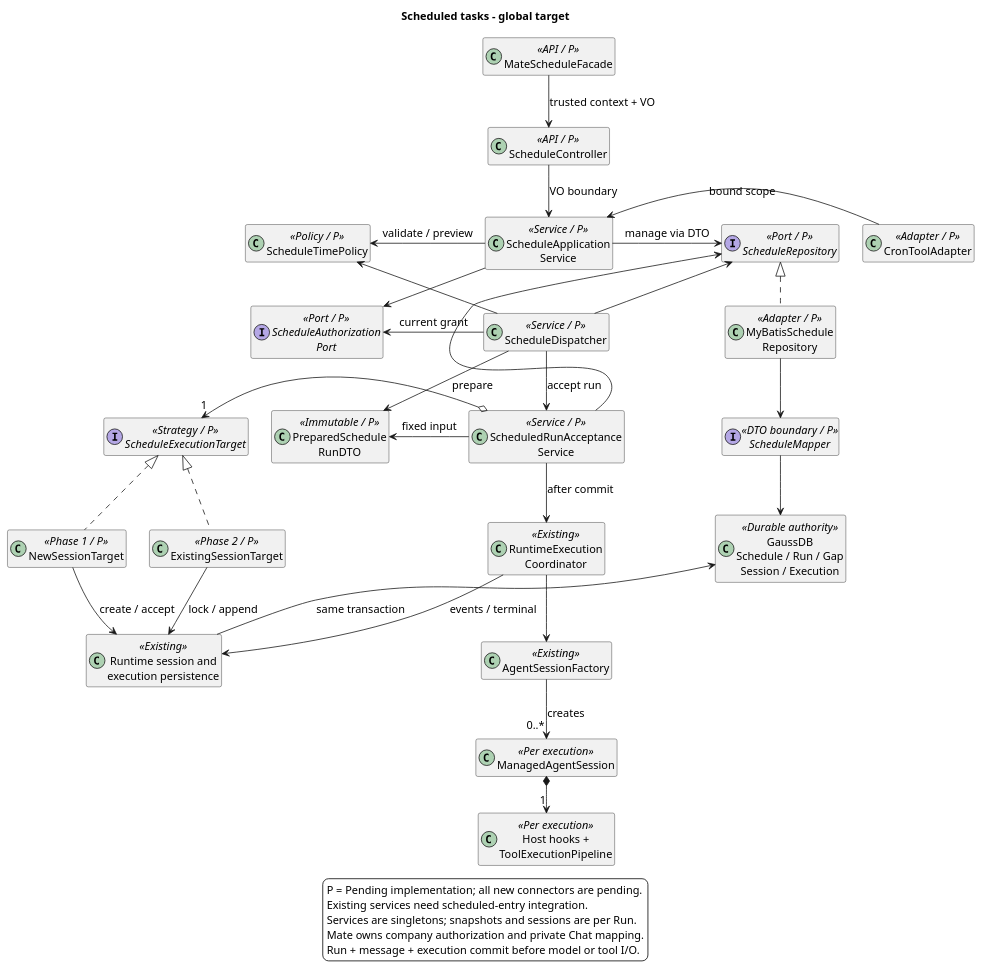
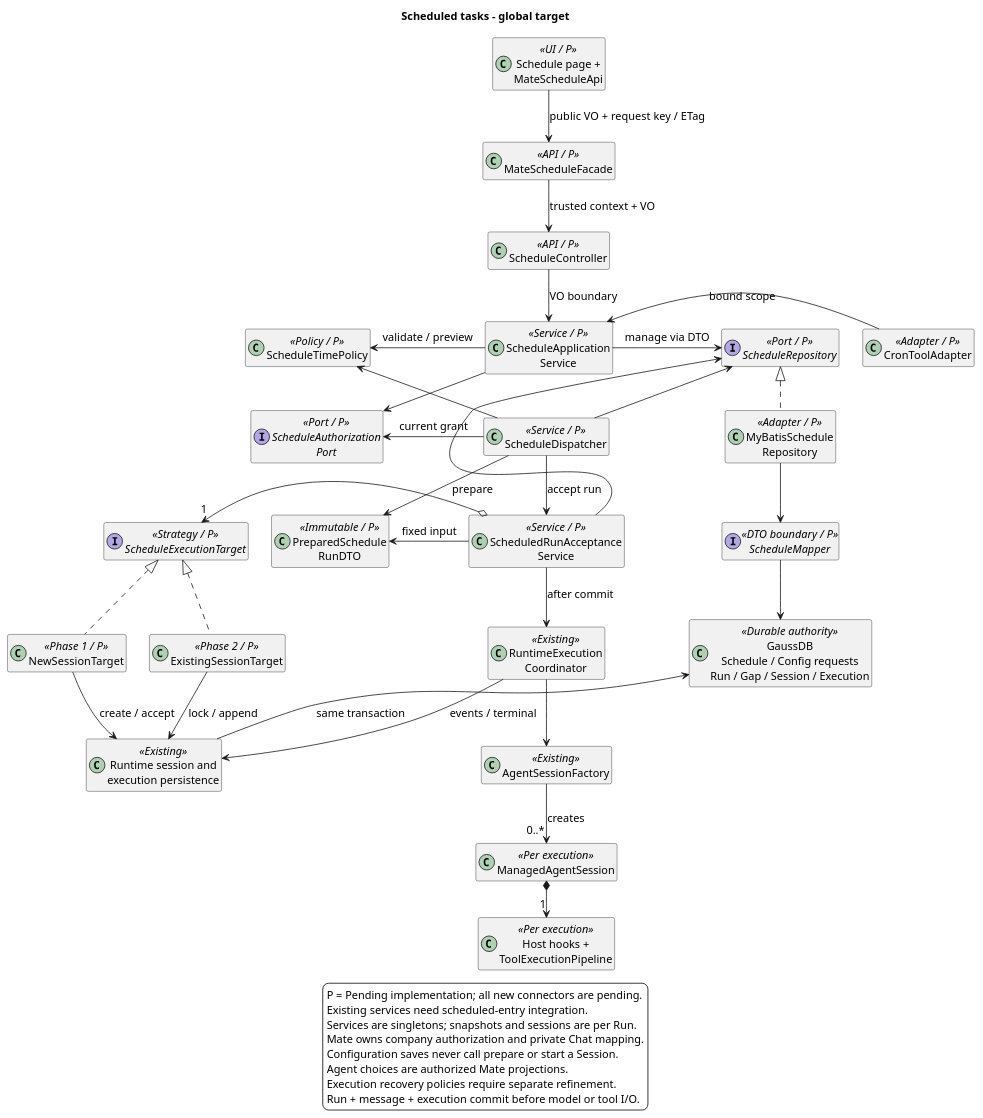
Before and after one commit to ssm0808/pi-mono-java-design: the second of 3 diagrams in 01-总体架构/08-CampusClaw定时任务/diagram.puml, drawn with PlantUML. The commit also changed other lines of this file and 11 other files, not shown here.

Commit message:
docs(schedule): design end-to-end task configuration

```diff
--- a/01-总体架构/08-CampusClaw定时任务/diagram.puml
+++ b/01-总体架构/08-CampusClaw定时任务/diagram.puml
@@ -53,75 +53,80 @@
 @startuml scheduled_task_architecture
 ' Baseline: Claude Deployment / Run / Session, checked 2026-09-29, Beta.
 ' Source: modules/cron/src/main/java/com/campusclaw/cron/CronService.java createJob and triggerJob.
 ' Source: modules/coding-agent-cli/src/main/java/com/campusclaw/codingagent/tool/cron/ManagedCronSessionRunner.java execute.
 ' Source: modules/coding-agent-cli/src/main/java/com/campusclaw/codingagent/runtimeapi/event/RuntimeExecutionCoordinator.java start and commitTerminal.
 ' Source: modules/coding-agent-cli/src/main/java/com/campusclaw/codingagent/session/AgentSessionFactory.java create.
 ' Java baseline: 553dcd5e2ff682f9684810a043b442b37a02e54a.
 ' Design reason: preserve API, service, policy, adapter, runtime and durable boundaries.
 ' Architecture change: every P node and every connector is Pending implementation.
 title Scheduled tasks - global target
 skinparam backgroundColor white
 skinparam defaultFontSize 14
 skinparam classAttributeIconSize 0
 skinparam nodesep 30
 skinparam ranksep 45
 hide empty members
+class "Schedule page +\nMateScheduleApi" as Browser <<UI / P>>
 class "MateScheduleFacade" as Mate <<API / P>>
 class "ScheduleController" as Api <<API / P>>
 class "CronToolAdapter" as Tool <<Adapter / P>>
 class "ScheduleApplication\nService" as App <<Service / P>>
 class "ScheduleDispatcher" as Dispatch <<Service / P>>
 interface "ScheduleAuthorization\nPort" as Auth <<Port / P>>
 class "ScheduleTimePolicy" as Time <<Policy / P>>
 class "PreparedSchedule\nRunDTO" as Snapshot <<Immutable / P>>
 interface "ScheduleRepository" as Repo <<Port / P>>
 class "MyBatisSchedule\nRepository" as RepoImpl <<Adapter / P>>
 interface "ScheduleMapper" as Mapper <<DTO boundary / P>>
-class "GaussDB\nSchedule / Run / Gap\nSession / Execution" as Db <<Durable authority>>
+class "GaussDB\nSchedule / Config requests\nRun / Gap / Session / Execution" as Db <<Durable authority>>
 class "ScheduledRunAcceptance\nService" as Accept <<Service / P>>
 interface "ScheduleExecutionTarget" as Target <<Strategy / P>>
 class "NewSessionTarget" as New <<Phase 1 / P>>
 class "ExistingSessionTarget" as Existing <<Phase 2 / P>>
 class "Runtime session and\nexecution persistence" as Persist <<Existing>>
 class "RuntimeExecution\nCoordinator" as Coordinator <<Existing>>
 class "AgentSessionFactory" as Factory <<Existing>>
 class "ManagedAgentSession" as Session <<Per execution>>
 class "Host hooks +\nToolExecutionPipeline" as Pipeline <<Per execution>>
+Browser -down-> Mate : public VO + request key / ETag
 Mate -down-> Api : trusted context + VO
 Api -down-> App : VO boundary
 Tool -left-> App : bound scope
 App -down[hidden]-> Dispatch
 Time -down[hidden]-> Auth
 Auth -down[hidden]-> Snapshot
 App -left-> Time : validate / preview
 App -right-> Repo : manage via DTO
 App -[norank]-> Auth
 Dispatch -down-> Accept : accept run
 Dispatch -left-> Auth : current grant
 Dispatch -[norank]-> Time
 Dispatch -[norank]-> Repo
 Dispatch -[norank]-> Snapshot : prepare
 Accept -left-> Snapshot : fixed input
 Accept -[norank]-> Repo
 Repo <|.. RepoImpl
 RepoImpl -down-> Mapper
 Mapper -down-> Db
 Accept o-left-> "1" Target
 Target <|.. New
 Target <|.. Existing
 New -down-> Persist : create / accept
 Existing -down-> Persist : lock / append
 Persist -[norank]-> Db : same transaction
 Accept -down-> Coordinator : after commit
 Coordinator -[norank]-> Persist : events / terminal
 Coordinator -down-> Factory
 Factory -down-> "0..*" Session : creates
 Session *-down-> "1" Pipeline
 legend bottom
   P = Pending implementation; all new connectors are pending.
   Existing services need scheduled-entry integration.
   Services are singletons; snapshots and sessions are per Run.
   Mate owns company authorization and private Chat mapping.
+  Configuration saves never call prepare or start a Session.
+  Agent choices are authorized Mate projections.
+  Execution recovery policies require separate refinement.
   Run + message + execution commit before model or tool I/O.
 endlegend
 @enduml
```
